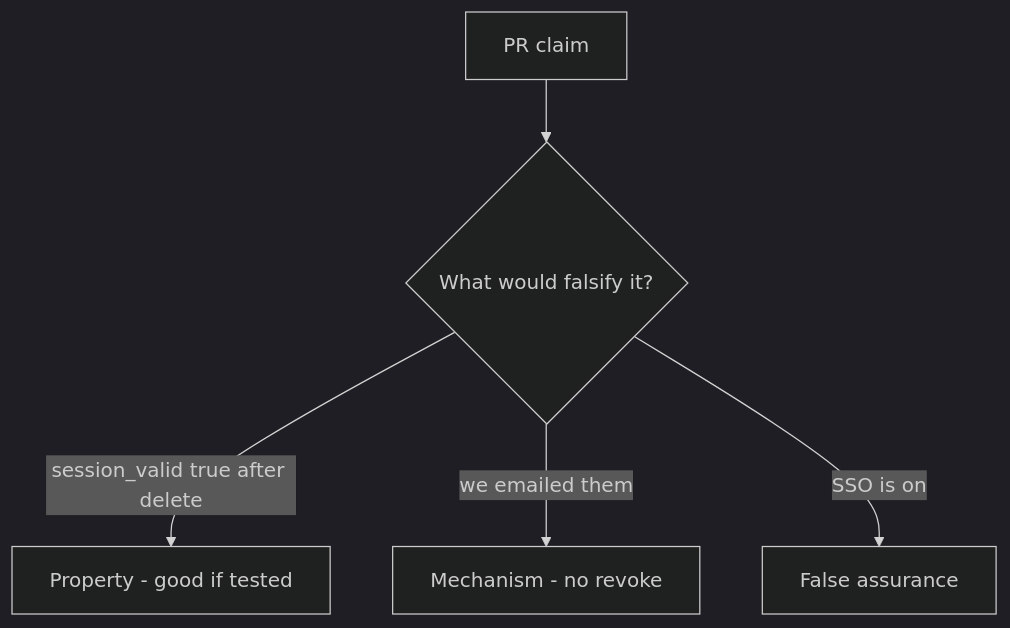
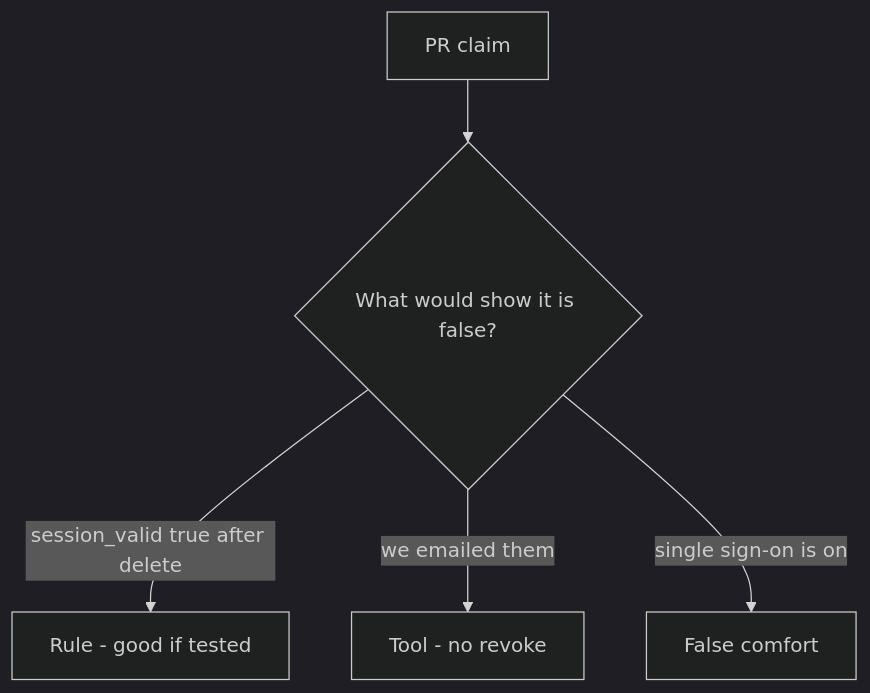
One commit to ishitvagoel/LearnSecurity changed the diagram in content/modules/4/4.1/lessons/08-review.md. Above: the diagram before and after it, drawn with Mermaid (dark theme). The commit also changed other lines of this file and 39 other files, not shown here.

````diff
--- a/content/modules/4/4.1/lessons/08-review.md
+++ b/content/modules/4/4.1/lessons/08-review.md
@@ -17,7 +18,7 @@
 ```mermaid
 flowchart TD
-  Claim[PR claim] --> Q{"What would falsify it?"}
-  Q -->|"session_valid true after delete"| Property["Property - good if tested"]
-  Q -->|"we emailed them"| Mechanism[Mechanism - no revoke]
-  Q -->|"SSO is on"| False[False assurance]
+  Claim[PR claim] --> Q{"What would show it is false?"}
+  Q -->|"session_valid true after delete"| Property["Rule - good if tested"]
+  Q -->|"we emailed them"| Mechanism[Tool - no revoke]
+  Q -->|"single sign-on is on"| False[False comfort]
 ```
````
